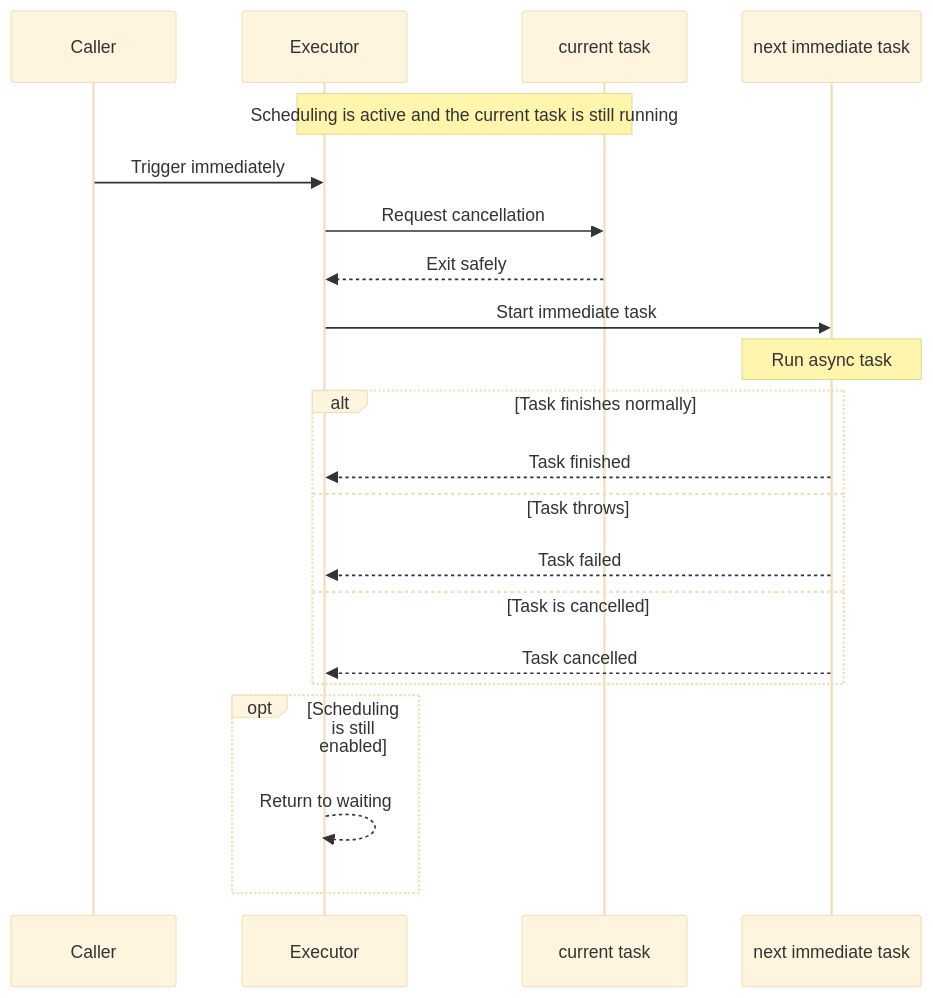
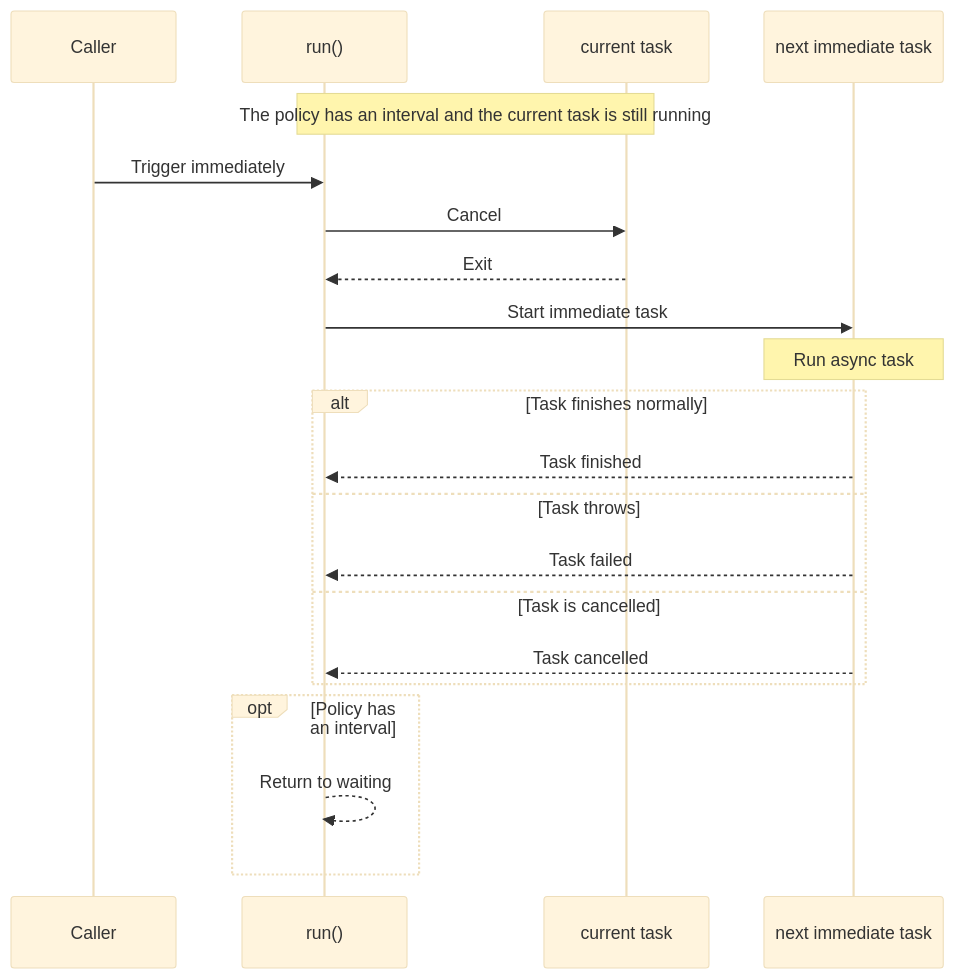
The second of 2 diagrams in README.md (shensven/swift-sequential-executor), drawn with Mermaid (base theme) before and after one commit. The commit also changed other lines of this file and 2 other files, not shown here.

First line of the commit message:
docs: describe the structured run() design and 2.0 migration

````diff
--- a/README.md
+++ b/README.md
@@ -262,27 +293,27 @@
 ```mermaid
 sequenceDiagram
     participant Caller
-    participant Executor
+    participant Run as run()
     participant CurrentTask as current task
     participant NextTask as next immediate task
 
-    Note over Executor,CurrentTask: Scheduling is active and the current task is still running
+    Note over Run,CurrentTask: The policy has an interval and the current task is still running
 
-    Caller->>Executor: Trigger immediately
-    Executor->>CurrentTask: Request cancellation
-    CurrentTask-->>Executor: Exit safely
-    Executor->>NextTask: Start immediate task
+    Caller->>Run: Trigger immediately
+    Run->>CurrentTask: Cancel
+    CurrentTask-->>Run: Exit
+    Run->>NextTask: Start immediate task
     Note over NextTask: Run async task
 
     alt Task finishes normally
-        NextTask-->>Executor: Task finished
+        NextTask-->>Run: Task finished
     else Task throws
-        NextTask-->>Executor: Task failed
+        NextTask-->>Run: Task failed
     else Task is cancelled
-        NextTask-->>Executor: Task cancelled
+        NextTask-->>Run: Task cancelled
     end
 
-    opt Scheduling is still enabled
-        Executor-->>Executor: Return to waiting
+    opt Policy has an interval
+        Run-->>Run: Return to waiting
     end
 ```
````
